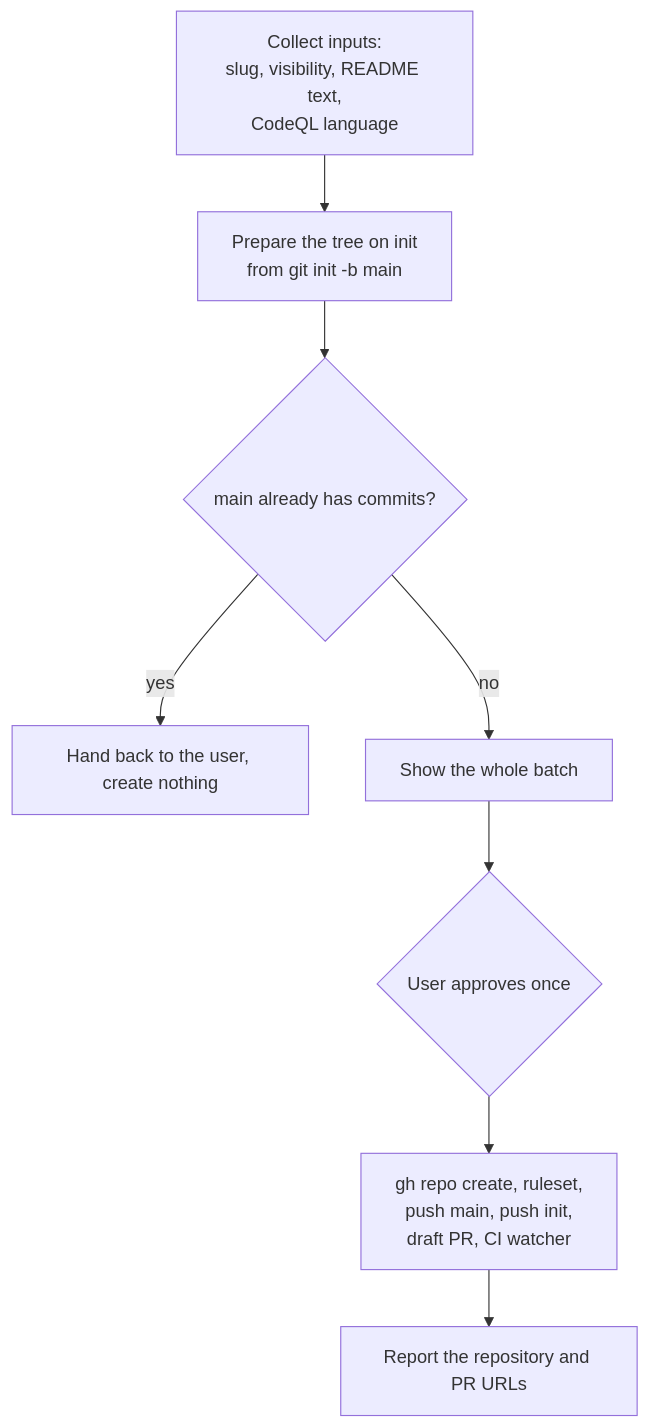
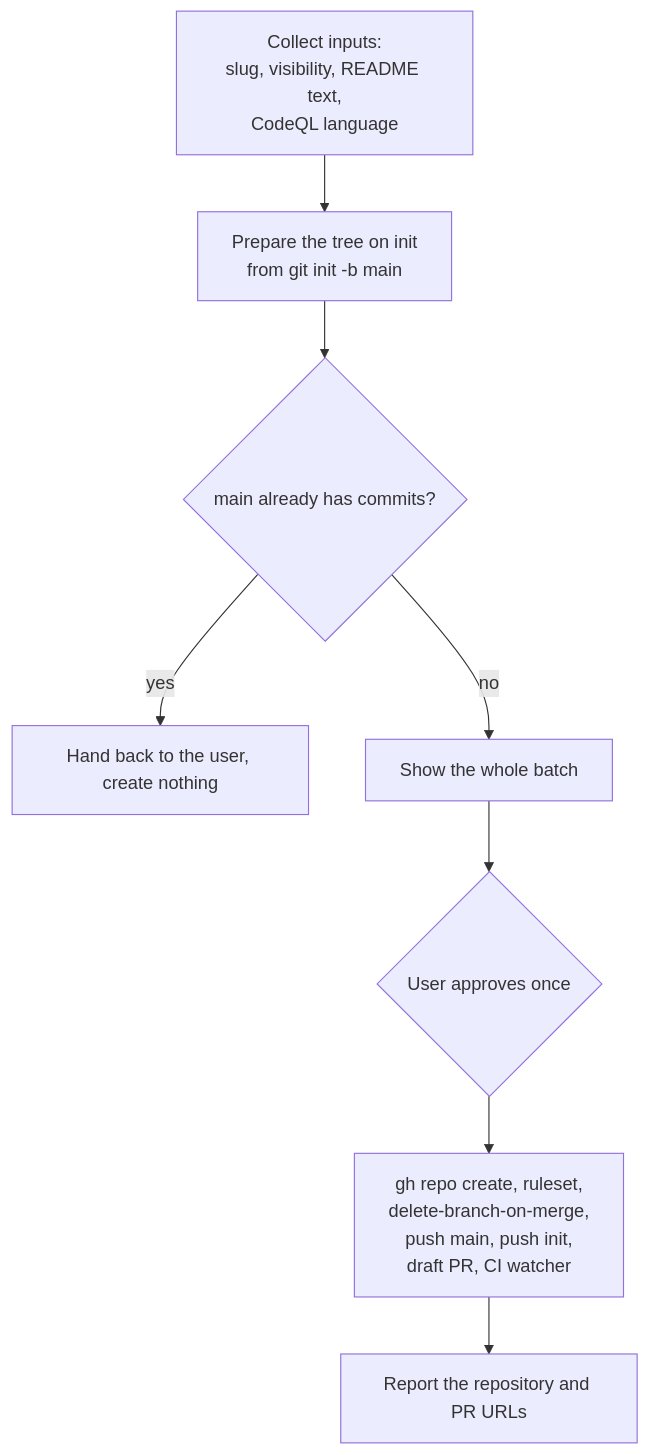
One commit to jhoblitt/conventions-claude changed the second of 6 diagrams in README.md. Above: the diagram before and after it, drawn with Mermaid. The commit also changed other lines of this file and 24 other files, not shown here.

First line of the commit message:
feat(github-conventions): delete a merged PR's branch on new repositories

````diff
--- a/README.md
+++ b/README.md
@@ -105,10 +105,10 @@
 ```mermaid
 flowchart TD
   A["Collect inputs:<br/>slug, visibility, README text,<br/>CodeQL language"] --> B["Prepare the tree on init<br/>from git init -b main"]
   B --> C{"main already has commits?"}
   C -- yes --> D["Hand back to the user, create nothing"]
   C -- no --> E["Show the whole batch"]
   E --> F{"User approves once"}
-  F --> G["gh repo create, ruleset,<br/>push main, push init,<br/>draft PR, CI watcher"]
+  F --> G["gh repo create, ruleset,<br/>delete-branch-on-merge,<br/>push main, push init,<br/>draft PR, CI watcher"]
   G --> H["Report the repository and PR URLs"]
 ```
````
